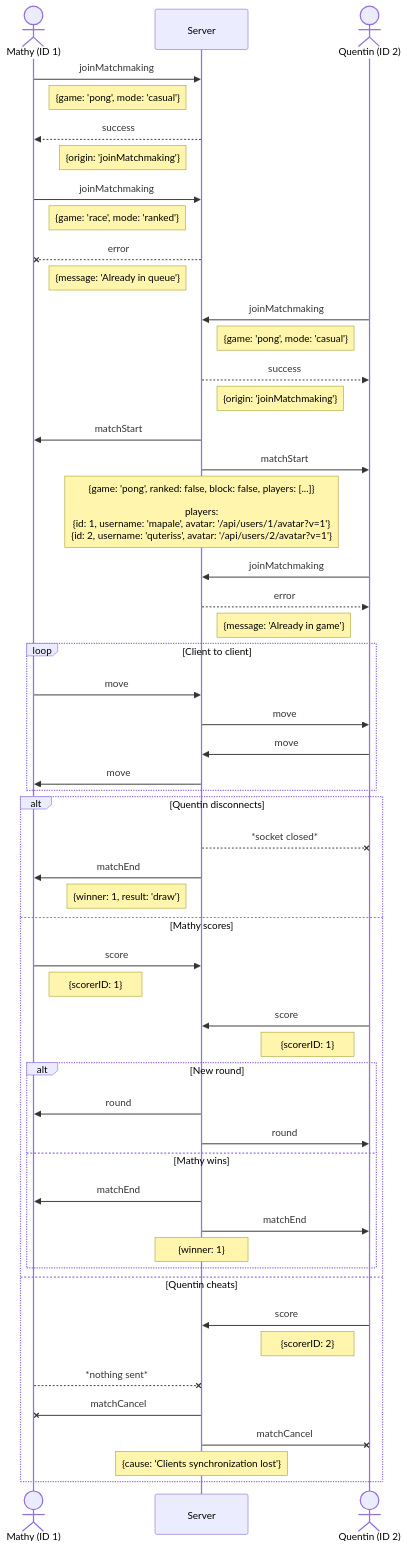
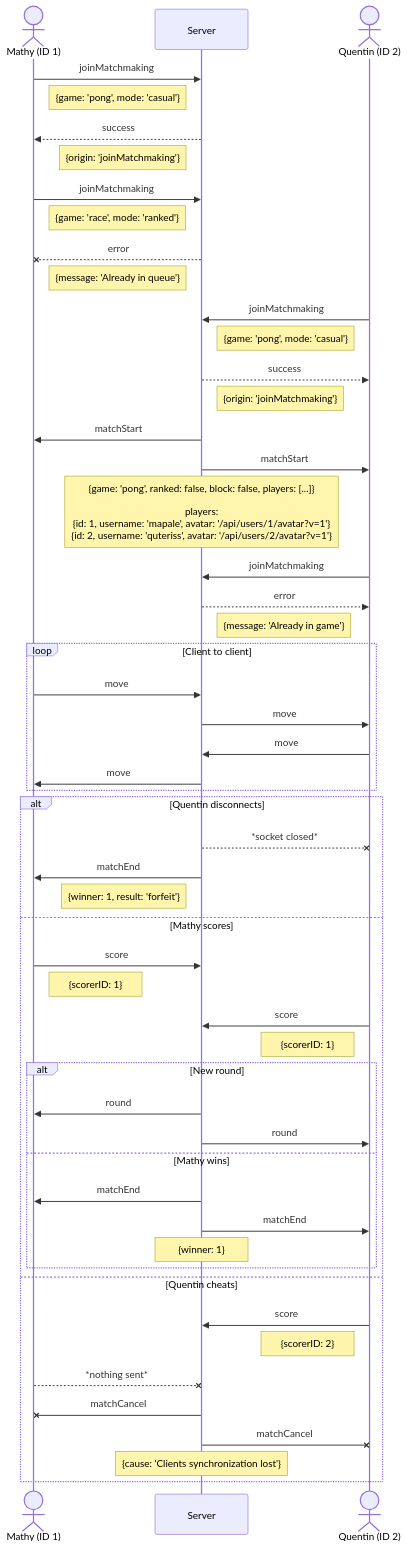
The diagram in docs/WebSocket/match.md (deydoux/42cursus-ft_transcendence), drawn with Mermaid before and after one commit. The commit also changed 4 other files, not shown here.

Commit message:
fix: update match result terminology from 'draw' to 'forfeit'

````diff
--- a/docs/WebSocket/match.md
+++ b/docs/WebSocket/match.md
@@ -3,65 +3,65 @@
 ```mermaid
 sequenceDiagram
   actor m as Mathy (ID 1)
   participant s as Server
   actor q as Quentin (ID 2)
 
   m ->> s: joinMatchmaking
   Note right of m: {game: 'pong', mode: 'casual'}
   s -->> m: success
   Note left of s: {origin: 'joinMatchmaking'}
 
   m ->> s: joinMatchmaking
   Note right of m: {game: 'race', mode: 'ranked'}
   s --x m: error
   Note left of s: {message: 'Already in queue'}
 
   q ->> s: joinMatchmaking
   Note left of q: {game: 'pong', mode: 'casual'}
   s -->> q: success
   Note right of s: {origin: 'joinMatchmaking'}
 
   s ->> m: matchStart
   s ->> q: matchStart
   Note over s: {game: 'pong', ranked: false, block: false, players: [...]}<br><br> players:<br>{id: 1, username: 'mapale', avatar: '/api/users/1/avatar?v=1'}<br>{id: 2, username: 'quteriss', avatar: '/api/users/2/avatar?v=1'}
 
   q ->> s: joinMatchmaking
   s -->> q: error
   Note right of s: {message: 'Already in game'}
 
   loop Client to client
     m ->> s: move
     s ->> q: move
     q ->> s: move
     s ->> m: move
   end
 
   alt Quentin disconnects
     s --x q: *socket closed*
     s ->> m: matchEnd
-    Note left of s: {winner: 1, result: 'draw'}
+    Note left of s: {winner: 1, result: 'forfeit'}
 
   else Mathy scores
     m ->> s: score
     Note right of m: {scorerID: 1}
     q ->> s: score
     Note left of q: {scorerID: 1}
 
     alt New round
       s ->> m: round
       s ->> q: round
     else Mathy wins
       s ->> m: matchEnd
       s ->> q: matchEnd
       Note over s: {winner: 1}
     end
 
   else Quentin cheats
     q ->> s: score
     Note left of q: {scorerID: 2}
     m --x s: *nothing sent*
     s -x m: matchCancel
     s -x q: matchCancel
     Note over s: {cause: 'Clients synchronization lost'}
   end
 ```
````
